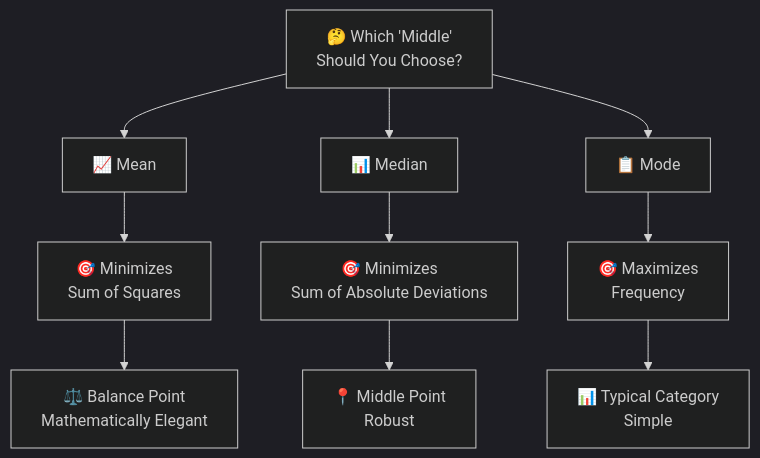
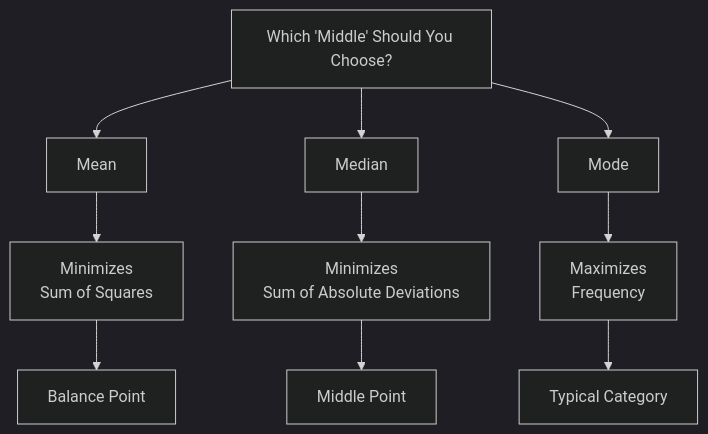
Before and after one commit to muhammadsalek/statistics-for-scientists: the fifth of 10 diagrams in 02-central-tendency.md, drawn with Mermaid (dark theme). The commit also changed other lines of this file, not shown here.

````diff
--- a/02-central-tendency.md
+++ b/02-central-tendency.md
@@ -164,14 +169,14 @@
 ```mermaid
-flowchart TD
-    A["🤔 Which 'Middle'<br>Should You Choose?"] --> B["📈 Mean"]
-    A --> C["📊 Median"]
-    A --> D["📋 Mode"]
+graph TD
+    A["Which 'Middle' Should You Choose?"] --> B[Mean]
+    A --> C[Median]
+    A --> D[Mode]
     
-    B --> B1["🎯 Minimizes<br>Sum of Squares"]
-    C --> C1["🎯 Minimizes<br>Sum of Absolute Deviations"]
-    D --> D1["🎯 Maximizes<br>Frequency"]
+    B --> B1[Minimizes<br>Sum of Squares]
+    C --> C1[Minimizes<br>Sum of Absolute Deviations]
+    D --> D1[Maximizes<br>Frequency]
     
-    B1 --> I1["⚖️ Balance Point<br>Mathematically Elegant"]
-    C1 --> I2["📍 Middle Point<br>Robust"]
-    D1 --> I3["📊 Typical Category<br>Simple"]
+    B1 --> I1[Balance Point]
+    C1 --> I2[Middle Point]
+    D1 --> I3[Typical Category]
 ```
````
